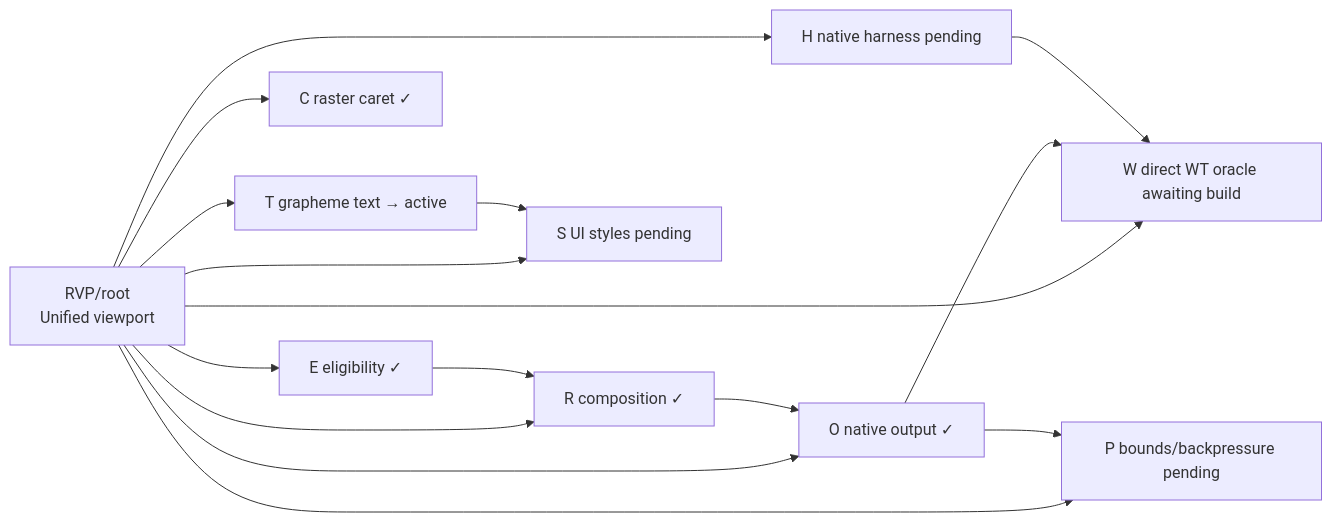
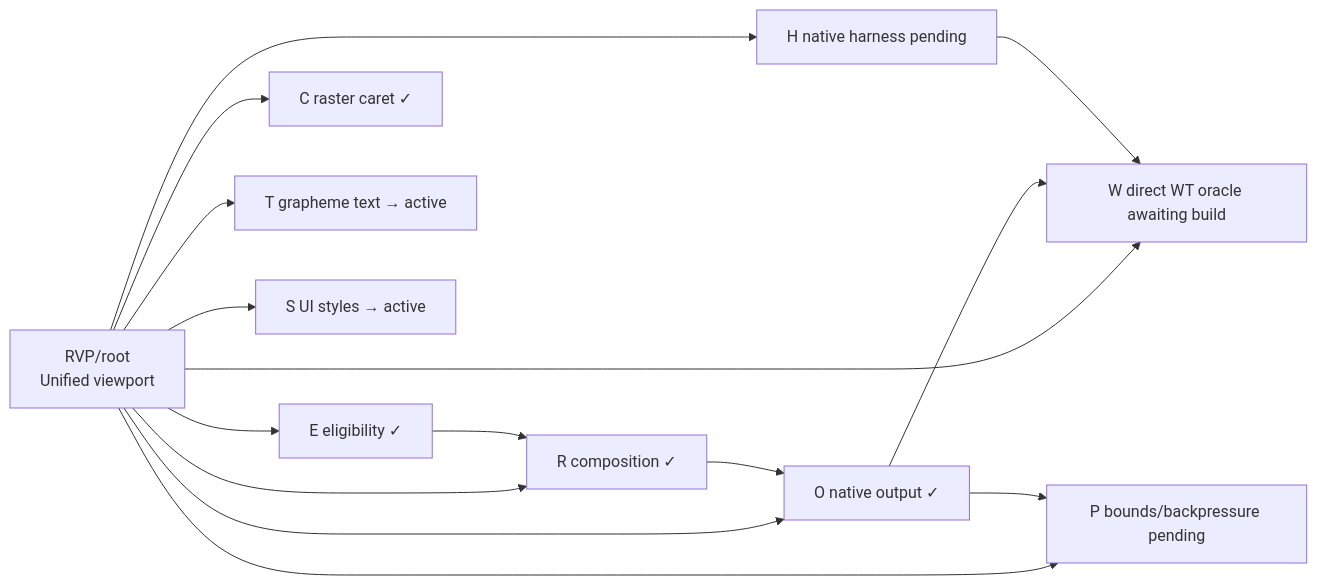
Before and after one commit to AlHeloween/opencode: the first of 2 diagrams in plans/2026-07-29-raster-viewport-renderer.md, drawn with Mermaid. The commit also changed other lines of this file and 1 other file, not shown here.

````diff
--- a/plans/2026-07-29-raster-viewport-renderer.md
+++ b/plans/2026-07-29-raster-viewport-renderer.md
@@ -22,16 +22,15 @@
 ```mermaid
 flowchart LR
   G["RVP/root\nUnified viewport"] --> E["E eligibility ✓"]
   G --> R["R composition ✓"]
   G --> O["O native output ✓"]
   G --> C["C raster caret ✓"]
   G --> T["T grapheme text → active"]
-  G --> S["S UI styles pending"]
+  G --> S["S UI styles → active"]
   G --> W["W direct WT oracle awaiting build"]
   G --> P["P bounds/backpressure pending"]
   G --> H["H native harness pending"]
   E --> R --> O --> W
-  T --> S
   O --> P
   H --> W
 ```
````
